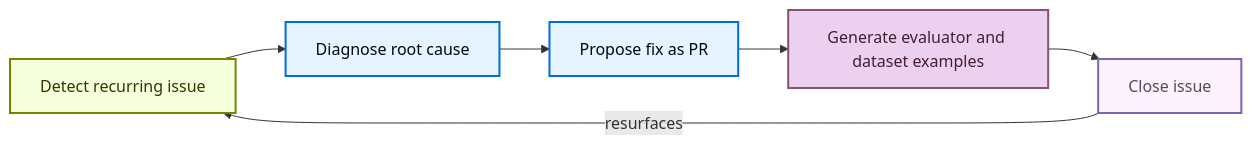
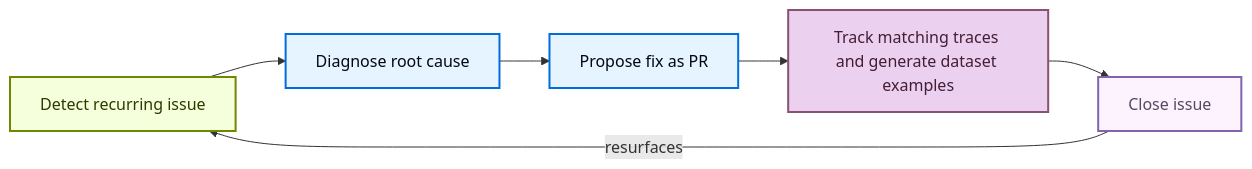
One commit to EladAriel/fullstack-llm-wiki changed the diagram in frameworks/observability/langsmith/content/engine.md. Above: the diagram before and after it, drawn with Mermaid. The commit also changed other lines of this file and 19581 other files, not shown here.

````diff
--- a/frameworks/observability/langsmith/content/engine.md
+++ b/frameworks/observability/langsmith/content/engine.md
@@ -28,13 +30,13 @@
 ```mermaid
 flowchart LR
     detect["Detect recurring issue"]:::trigger --> diagnose["Diagnose root cause"]:::process
     diagnose --> fix["Propose fix as PR"]:::process
-    fix --> prevent["Generate evaluator and dataset examples"]:::output
+    fix --> prevent["Track matching traces and generate dataset examples"]:::output
     prevent --> close["Close issue"]:::decision
     close -->|"resurfaces"| detect
 
     classDef trigger fill:#F6FFDB,stroke:#6E8900,stroke-width:2px,color:#2E3900
     classDef process fill:#E5F4FF,stroke:#006DDD,stroke-width:2px,color:#030710
     classDef output fill:#EBD0F0,stroke:#885270,stroke-width:2px,color:#441E33
     classDef decision fill:#FDF3FF,stroke:#7E65AE,stroke-width:2px,color:#504B5F
 ```
````
